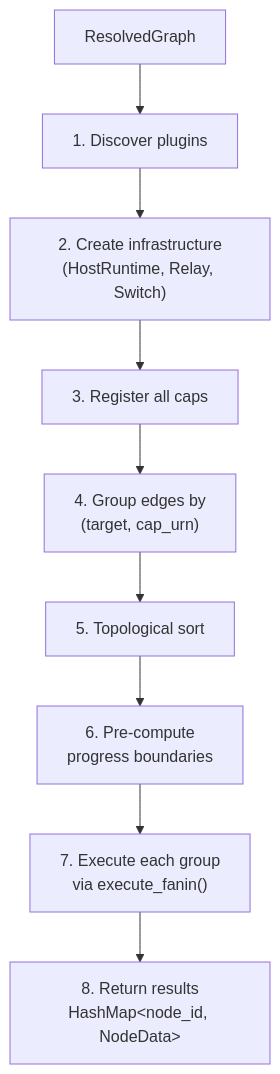
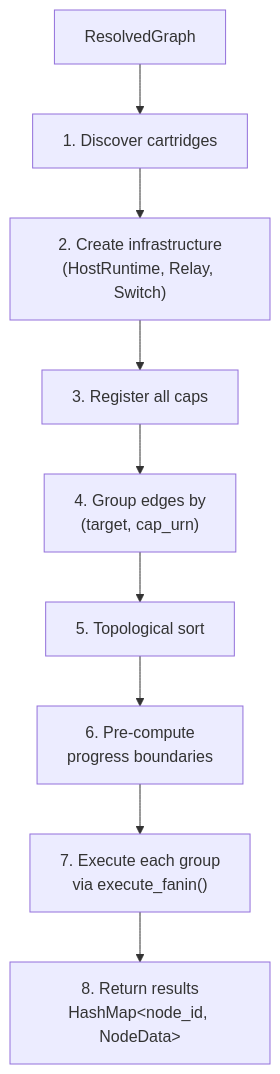
One commit to machinefabric/capns changed the first of 2 diagrams in docs/15.2-EXECUTION.md. Above: the diagram before and after it, drawn with Mermaid. The commit also changed other lines of this file and 53 other files, not shown here.

Commit message:
refactored plugins to cartridges finally

````diff
--- a/docs/15.2-EXECUTION.md
+++ b/docs/15.2-EXECUTION.md
@@ -7,11 +7,11 @@
 ```mermaid
 flowchart TD
-    RG["ResolvedGraph"] --> DISC["1. Discover plugins"]
+    RG["ResolvedGraph"] --> DISC["1. Discover cartridges"]
     DISC --> INFRA["2. Create infrastructure<br/>(HostRuntime, Relay, Switch)"]
     INFRA --> REG["3. Register all caps"]
     REG --> GRP["4. Group edges by<br/>(target, cap_urn)"]
     GRP --> TOPO["5. Topological sort"]
     TOPO --> PROG["6. Pre-compute<br/>progress boundaries"]
     PROG --> EXEC["7. Execute each group<br/>via execute_fanin()"]
     EXEC --> RES["8. Return results<br/>HashMap&lt;node_id, NodeData&gt;"]
 ```
````
